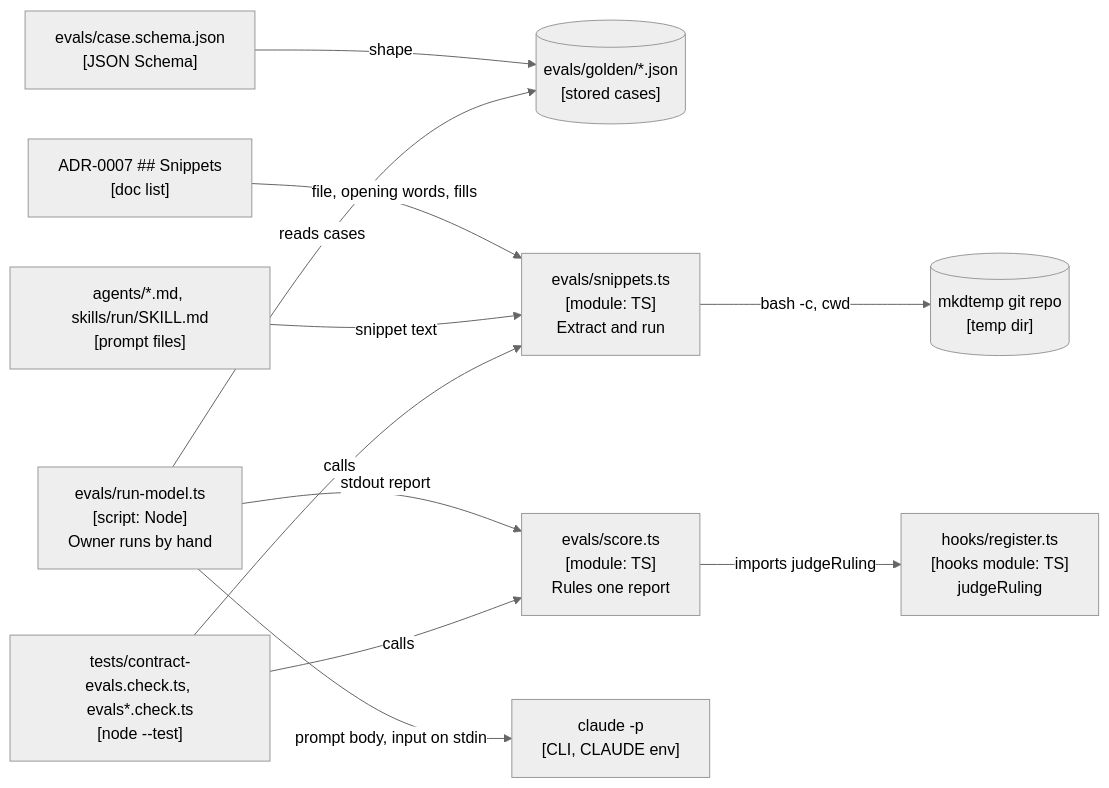
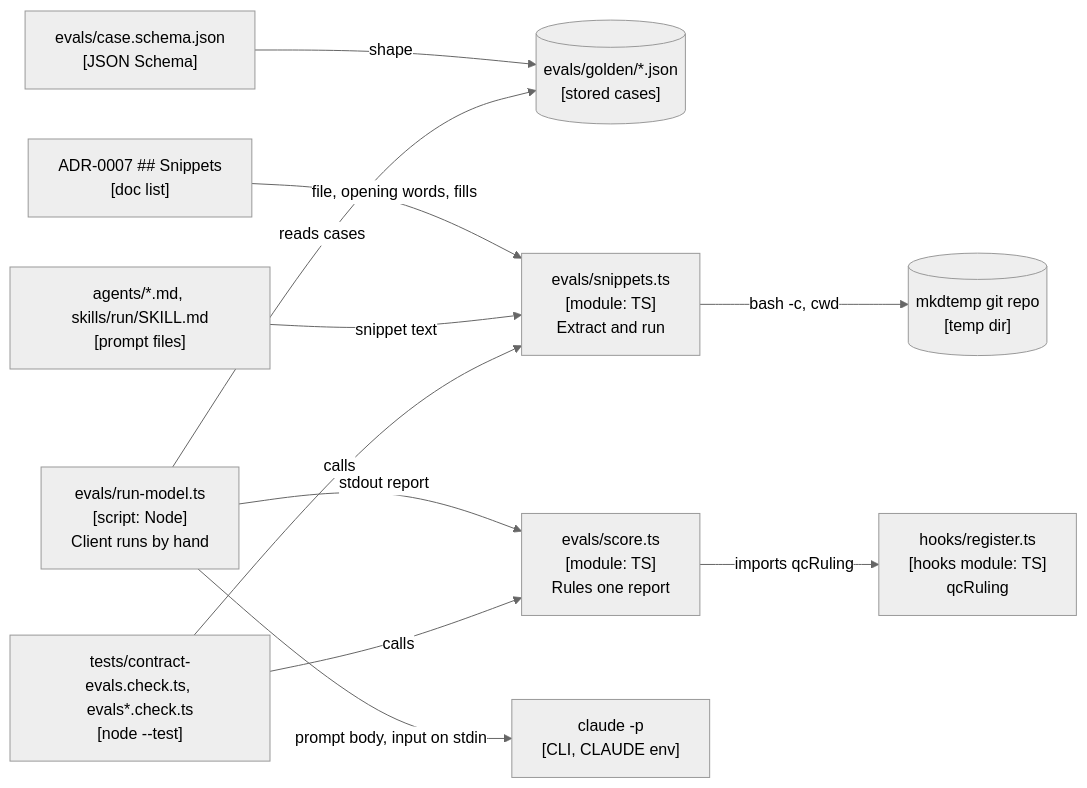
The first of 2 diagrams in docs/adr/0007-behaviour-evals.md (AbhiramDwivedi/truss), drawn with Mermaid (neutral theme) before and after one commit. The commit also changed other lines of this file and 61 other files, not shown here.

````diff
--- a/docs/adr/0007-behaviour-evals.md
+++ b/docs/adr/0007-behaviour-evals.md
@@ -151,24 +151,24 @@
 ```mermaid
 flowchart LR
   golden[("evals/golden/*.json<br/>[stored cases]")]
   schema["evals/case.schema.json<br/>[JSON Schema]"]
   score["evals/score.ts<br/>[module: TS]<br/>Rules one report"]
-  hooks["hooks/register.ts<br/>[hooks module: TS]<br/>judgeRuling"]
+  hooks["hooks/register.ts<br/>[hooks module: TS]<br/>qcRuling"]
   snip["evals/snippets.ts<br/>[module: TS]<br/>Extract and run"]
   prompts["agents/*.md, skills/run/SKILL.md<br/>[prompt files]"]
   adr["ADR-0007 ## Snippets<br/>[doc list]"]
   tmp[("mkdtemp git repo<br/>[temp dir]")]
-  model["evals/run-model.ts<br/>[script: Node]<br/>Owner runs by hand"]
+  model["evals/run-model.ts<br/>[script: Node]<br/>Client runs by hand"]
   claude["claude -p<br/>[CLI, CLAUDE env]"]
   tests["tests/contract-evals.check.ts, evals*.check.ts<br/>[node --test]"]
   schema -->|"shape"| golden
-  score -->|"imports judgeRuling"| hooks
+  score -->|"imports qcRuling"| hooks
   adr -->|"file, opening words, fills"| snip
   prompts -->|"snippet text"| snip
   snip -->|"bash -c, cwd"| tmp
   model -->|"reads cases"| golden
   model -->|"prompt body, input on stdin"| claude
   model -->|"stdout report"| score
   tests -->|"calls"| score
   tests -->|"calls"| snip
 ```
````
